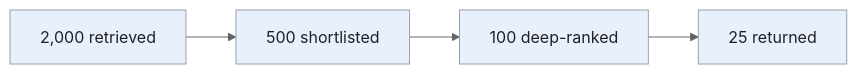
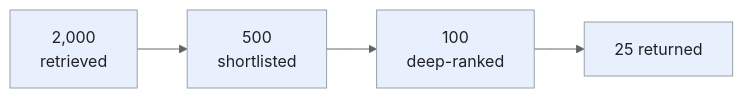
Before and after one commit to iliazlobin/iliazlobin.github.io: the fourth of 7 diagrams in _designs/news-feed-ranking.md, drawn with Mermaid. The commit also changed other lines of this file and 116 other files, not shown here.

````diff
--- a/_designs/news-feed-ranking.md
+++ b/_designs/news-feed-ranking.md
@@ -236,12 +249,12 @@
 ```mermaid
 %%{init: {'theme':'base','themeVariables':{'primaryColor':'#e8f0fe','primaryTextColor':'#202124','primaryBorderColor':'#9aa0a6','lineColor':'#5f6368','secondaryColor':'#e6f4ea','tertiaryColor':'#fef7e0','actorBkg':'#e8f0fe','actorBorder':'#9aa0a6','actorTextColor':'#202124','noteBkgColor':'#fef7e0','noteTextColor':'#202124','noteBorderColor':'#9aa0a6','signalColor':'#5f6368','signalTextColor':'#202124','labelBoxBkgColor':'#fef7e0','labelBoxBorderColor':'#9aa0a6'}}}%%
 flowchart LR
-    A["2,000 retrieved"] --> B["500 shortlisted"]
-    B --> C["100 deep-ranked"]
+    A["2,000<br>retrieved"] --> B["500<br>shortlisted"]
+    B --> C["100<br>deep-ranked"]
     C --> D["25 returned"]
 classDef request fill:#e8f0fe,stroke:#9aa0a6,color:#202124;
 classDef data fill:#e6f4ea,stroke:#9aa0a6,color:#202124;
 classDef control fill:#fef7e0,stroke:#9aa0a6,color:#202124;
 class A,B,C,D request;
 
 ```
````
